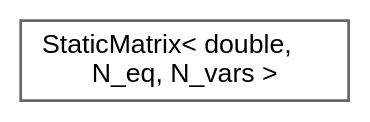
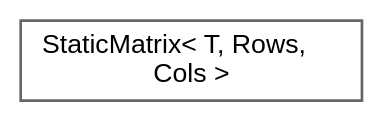
The diagram in inherit_graph_108.dot (jswoo0615/Algorithms_for_Optimization_cpp), drawn with Graphviz before and after one commit. The commit also changed 122 other files, not shown here.

```diff
--- a/inherit_graph_108.dot
+++ b/inherit_graph_108.dot
@@ -1,9 +1,9 @@
 digraph "Graphical Class Hierarchy"
 {
  // LATEX_PDF_SIZE
   bgcolor="transparent";
   edge [fontname=Helvetica,fontsize=10,labelfontname=Helvetica,labelfontsize=10];
   node [fontname=Helvetica,fontsize=10,shape=box,height=0.2,width=0.4];
   rankdir="LR";
-  Node0 [id="Node000000",label="StaticMatrix\< double,\l N_eq, N_vars \>",height=0.2,width=0.4,color="grey40", fillcolor="white", style="filled",URL="$classStaticMatrix.html",tooltip=" "];
+  Node0 [id="Node000000",label="StaticMatrix\< T, Rows,\l Cols \>",height=0.2,width=0.4,color="grey40", fillcolor="white", style="filled",URL="$classStaticMatrix.html",tooltip="전방 선언 (Forward Declaration)"];
 }
```
